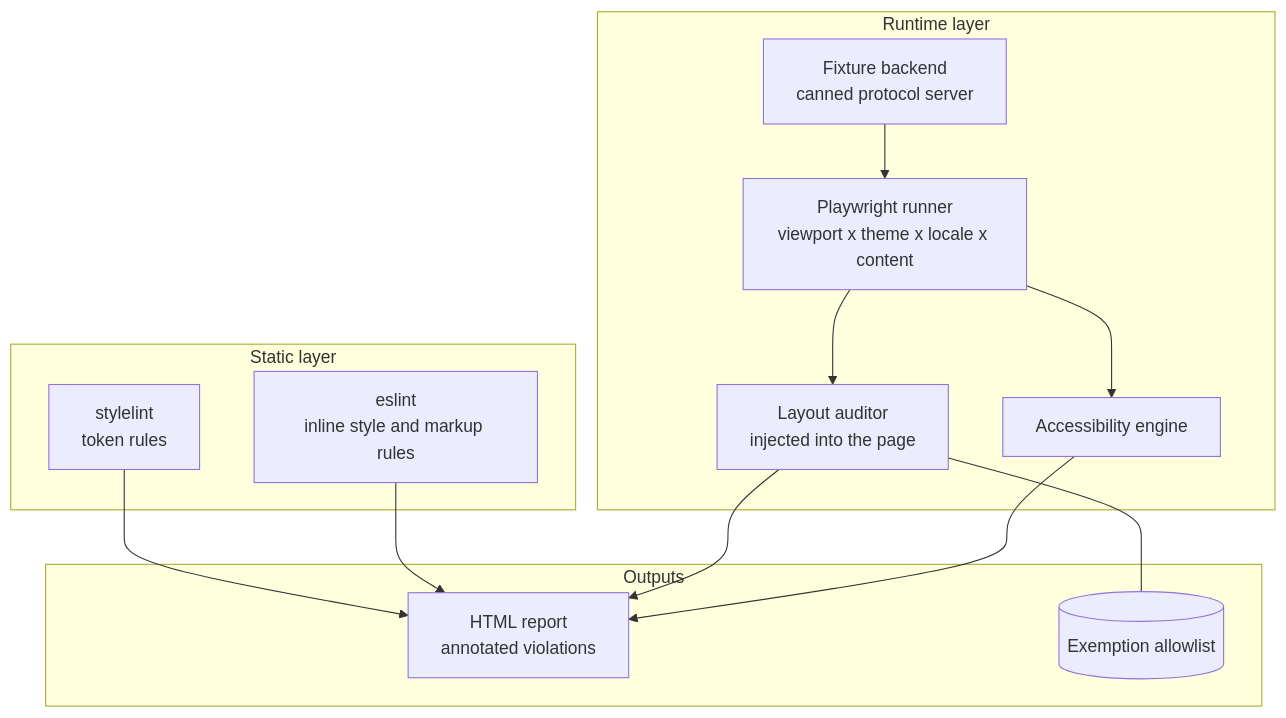
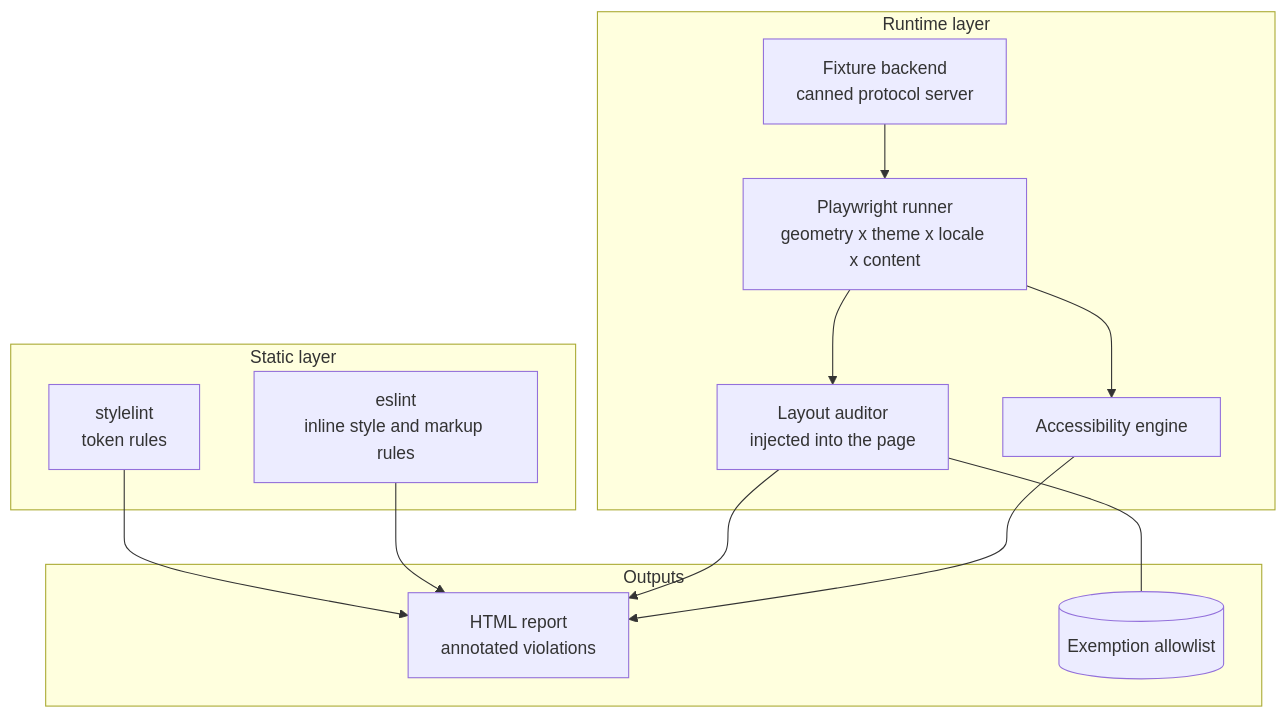
The first of 2 diagrams in docs/proposals/docknight-8-design-verification.md (heavycaffeiner/Docknight), drawn with Mermaid before and after one commit. The commit also changed other lines of this file and 60 other files, not shown here.

````diff
--- a/docs/proposals/docknight-8-design-verification.md
+++ b/docs/proposals/docknight-8-design-verification.md
@@ -96,28 +107,28 @@
 ```mermaid
 flowchart TB
     subgraph "Static layer"
         SL[stylelint<br/>token rules]
         EL[eslint<br/>inline style and markup rules]
     end
 
     subgraph "Runtime layer"
         FX[Fixture backend<br/>canned protocol server]
-        PW[Playwright runner<br/>viewport x theme x locale x content]
+        PW[Playwright runner<br/>geometry x theme x locale x content]
         AUD[Layout auditor<br/>injected into the page]
         AXE[Accessibility engine]
     end
 
     subgraph Outputs
         REP[HTML report<br/>annotated violations]
         EX[(Exemption allowlist)]
     end
 
     SL --> REP
     EL --> REP
     FX --> PW
     PW --> AUD
     PW --> AXE
     AUD --> REP
     AXE --> REP
     AUD --- EX
 ```
````
